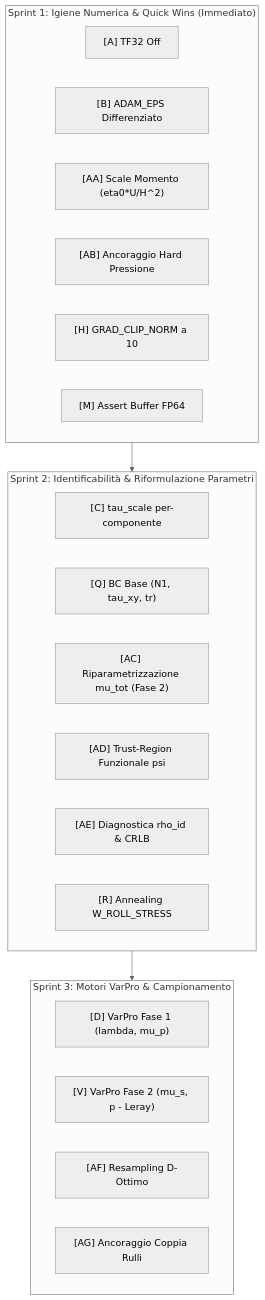
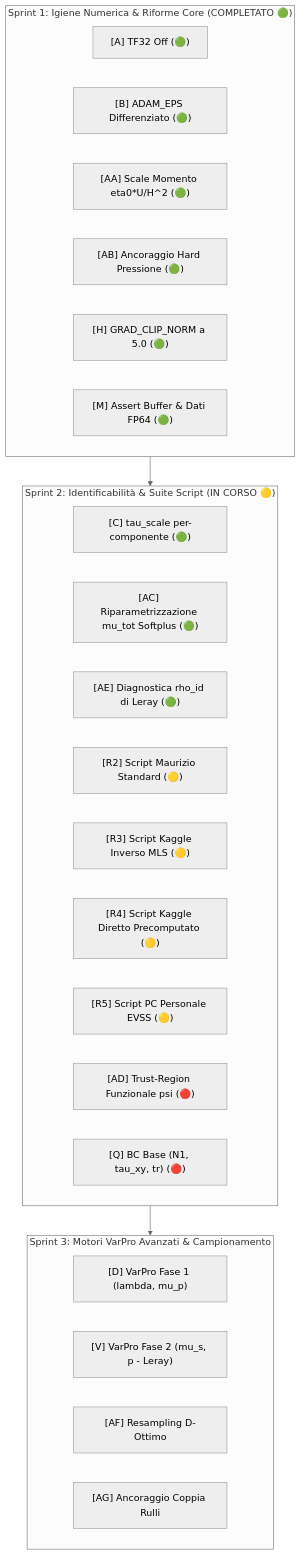
The second of 2 diagrams in tools/pinn_advisor/reports/Actionable_analysis.md (Eaglw/PINN-tesi), drawn with Mermaid (neutral theme) before and after one commit. The commit also changed other lines of this file and 3 other files, not shown here.

````diff
--- a/tools/pinn_advisor/reports/Actionable_analysis.md
+++ b/tools/pinn_advisor/reports/Actionable_analysis.md
@@ -235,29 +344,32 @@
 ```mermaid
 flowchart TD
-    subgraph S1["Sprint 1: Igiene Numerica & Quick Wins (Immediato)"]
-        A["[A] TF32 Off"]
-        B["[B] ADAM_EPS Differenziato"]
-        AA["[AA] Scale Momento (eta0*U/H^2)"]
-        AB["[AB] Ancoraggio Hard Pressione"]
-        H["[H] GRAD_CLIP_NORM a 10"]
-        M["[M] Assert Buffer FP64"]
+    subgraph S1["Sprint 1: Igiene Numerica & Riforme Core (COMPLETATO 🟢)"]
+        A["[A] TF32 Off (🟢)"]
+        B["[B] ADAM_EPS Differenziato (🟢)"]
+        AA["[AA] Scale Momento eta0*U/H^2 (🟢)"]
+        AB["[AB] Ancoraggio Hard Pressione (🟢)"]
+        H["[H] GRAD_CLIP_NORM a 5.0 (🟢)"]
+        M["[M] Assert Buffer & Dati FP64 (🟢)"]
     end
 
-    subgraph S2["Sprint 2: Identificabilità & Riformulazione Parametri"]
-        C["[C] tau_scale per-componente"]
-        Q["[Q] BC Base (N1, tau_xy, tr)"]
-        AC["[AC] Riparametrizzazione mu_tot (Fase 2)"]
-        AD["[AD] Trust-Region Funzionale psi"]
-        AE["[AE] Diagnostica rho_id & CRLB"]
-        R["[R] Annealing W_ROLL_STRESS"]
+    subgraph S2["Sprint 2: Identificabilità & Suite Script (IN CORSO 🟡)"]
+        C["[C] tau_scale per-componente (🟢)"]
+        AC["[AC] Riparametrizzazione mu_tot Softplus (🟢)"]
+        AE["[AE] Diagnostica rho_id di Leray (🟢)"]
+        R2["[R2] Script Maurizio Standard (🟡)"]
+        R3["[R3] Script Kaggle Inverso MLS (🟡)"]
+        R4["[R4] Script Kaggle Diretto Precomputato (🟡)"]
+        R5["[R5] Script PC Personale EVSS (🟡)"]
+        AD["[AD] Trust-Region Funzionale psi (🔴)"]
+        Q["[Q] BC Base (N1, tau_xy, tr) (🔴)"]
     end
 
-    subgraph S3["Sprint 3: Motori VarPro & Campionamento"]
+    subgraph S3["Sprint 3: Motori VarPro Avanzati & Campionamento"]
         D["[D] VarPro Fase 1 (lambda, mu_p)"]
         V["[V] VarPro Fase 2 (mu_s, p - Leray)"]
         AF["[AF] Resampling D-Ottimo"]
         AG["[AG] Ancoraggio Coppia Rulli"]
     end
 
     S1 --> S2 --> S3
 ```
````
